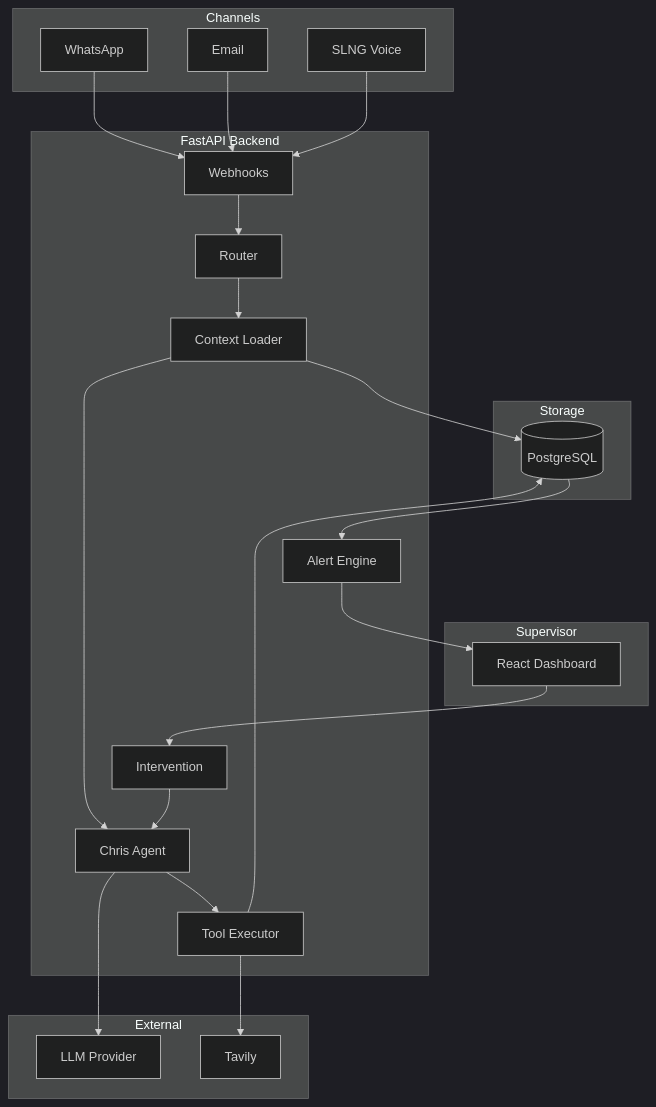
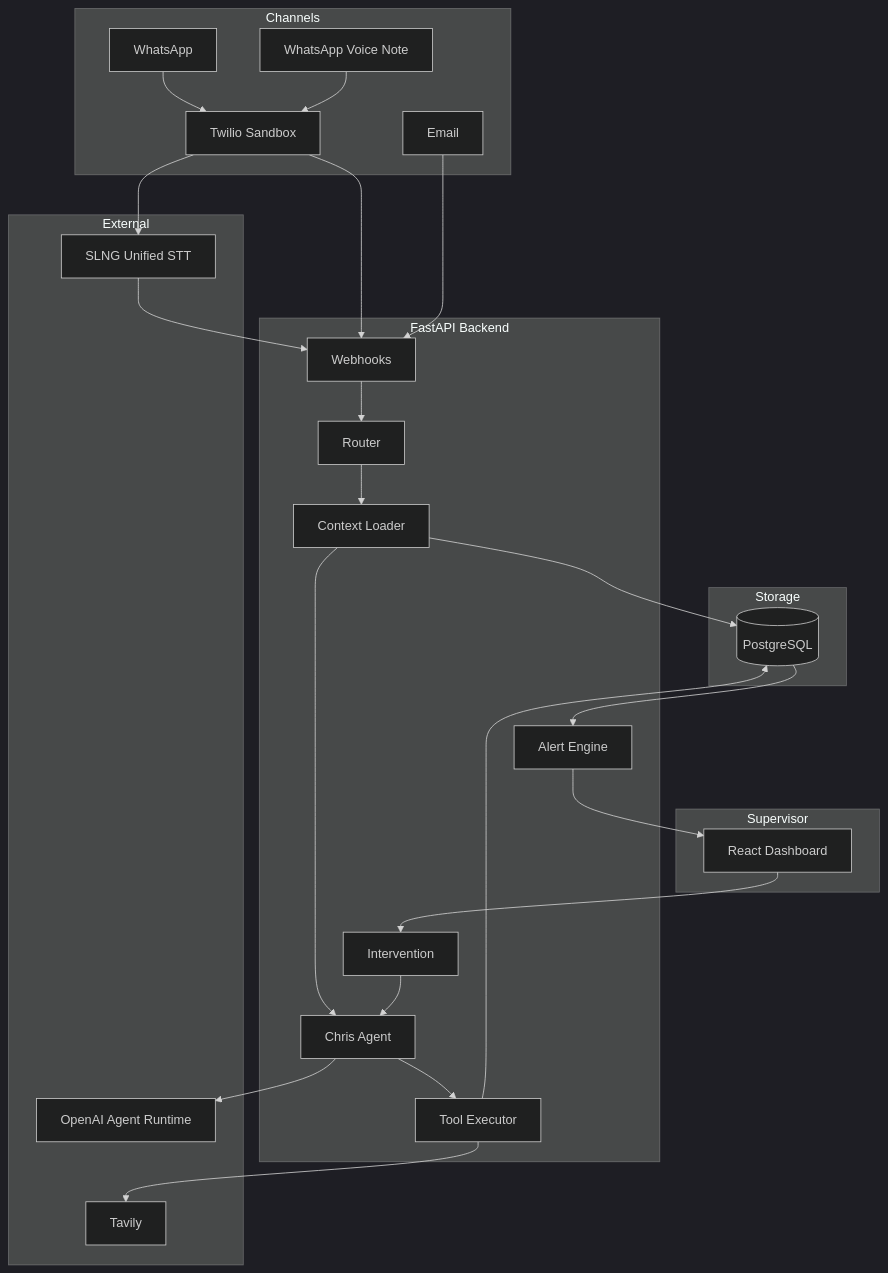
Before and after one commit to hamza-hnt/Chris.ai: the first of 2 diagrams in docs/02-architecture.md, drawn with Mermaid (dark theme). The commit also changed other lines of this file and 14 other files, not shown here.

````diff
--- a/docs/02-architecture.md
+++ b/docs/02-architecture.md
@@ -6,47 +6,52 @@
 ```mermaid
 flowchart TB
     subgraph Channels
         WA[WhatsApp]
+        TW[Twilio Sandbox]
         EM[Email]
-    VOX[SLNG Voice]
+        VOX[WhatsApp Voice Note]
     end
 
     subgraph Supervisor
         DASH[React Dashboard]
     end
 
     subgraph Backend["FastAPI Backend"]
         WH[Webhooks]
         ROUTER[Router]
         CTX[Context Loader]
         AGENT[Chris Agent]
         TOOLS[Tool Executor]
         ALERTS[Alert Engine]
         INTV[Intervention]
     end
 
     subgraph Storage
         PG[(PostgreSQL)]
     end
 
     subgraph External
-        LLM[LLM Provider]
+        LLM[OpenAI Agent Runtime]
         TAV[Tavily]
+        SLNG[SLNG Unified STT]
     end
 
-    WA --> WH
+    WA --> TW
+    VOX --> TW
+    TW --> WH
+    TW --> SLNG
+    SLNG --> WH
     EM --> WH
-    VOX --> WH
     WH --> ROUTER
     ROUTER --> CTX
     CTX --> PG
     CTX --> AGENT
     AGENT --> LLM
     AGENT --> TOOLS
     TOOLS --> TAV
     TOOLS --> PG
     PG --> ALERTS
     ALERTS --> DASH
     DASH --> INTV
     INTV --> AGENT
 ```
````
